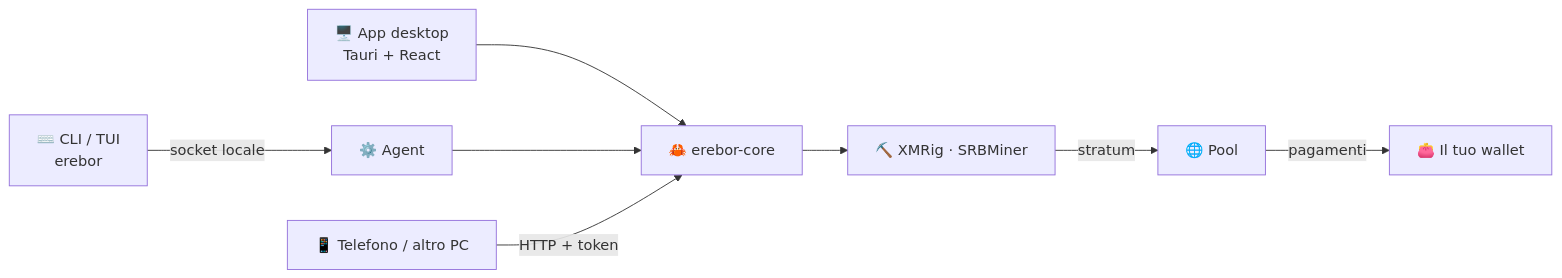
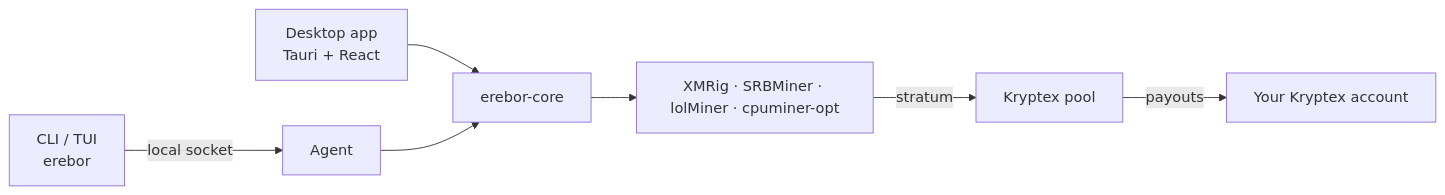
One commit to samuelviviani/erebor changed the diagram in README.md. Above: the diagram before and after it, drawn with Mermaid. The commit also changed other lines of this file and 80 other files, not shown here.

````diff
--- a/README.md
+++ b/README.md
@@ -122,10 +119,9 @@
 ```mermaid
 flowchart LR
-    GUI["🖥️ App desktop<br/>Tauri + React"] --> CORE
-    CLI["⌨️ CLI / TUI<br/>erebor"] -- socket locale --> AGENT["⚙️ Agent"]
+    GUI["Desktop app<br/>Tauri + React"] --> CORE
+    CLI["CLI / TUI<br/>erebor"] -- local socket --> AGENT["Agent"]
     AGENT --> CORE
-    PHONE["📱 Telefono / altro PC"] -- HTTP + token --> CORE
-    CORE["🦀 erebor-core"] --> MINERS["⛏️ XMRig · SRBMiner"]
-    MINERS -- stratum --> POOL["🌐 Pool"]
-    POOL -- pagamenti --> WALLET["👛 Il tuo wallet"]
+    CORE["erebor-core"] --> MINERS["XMRig · SRBMiner · lolMiner · cpuminer-opt"]
+    MINERS -- stratum --> POOL["Kryptex pool"]
+    POOL -- payouts --> ACCOUNT["Your Kryptex account"]
 ```
````
